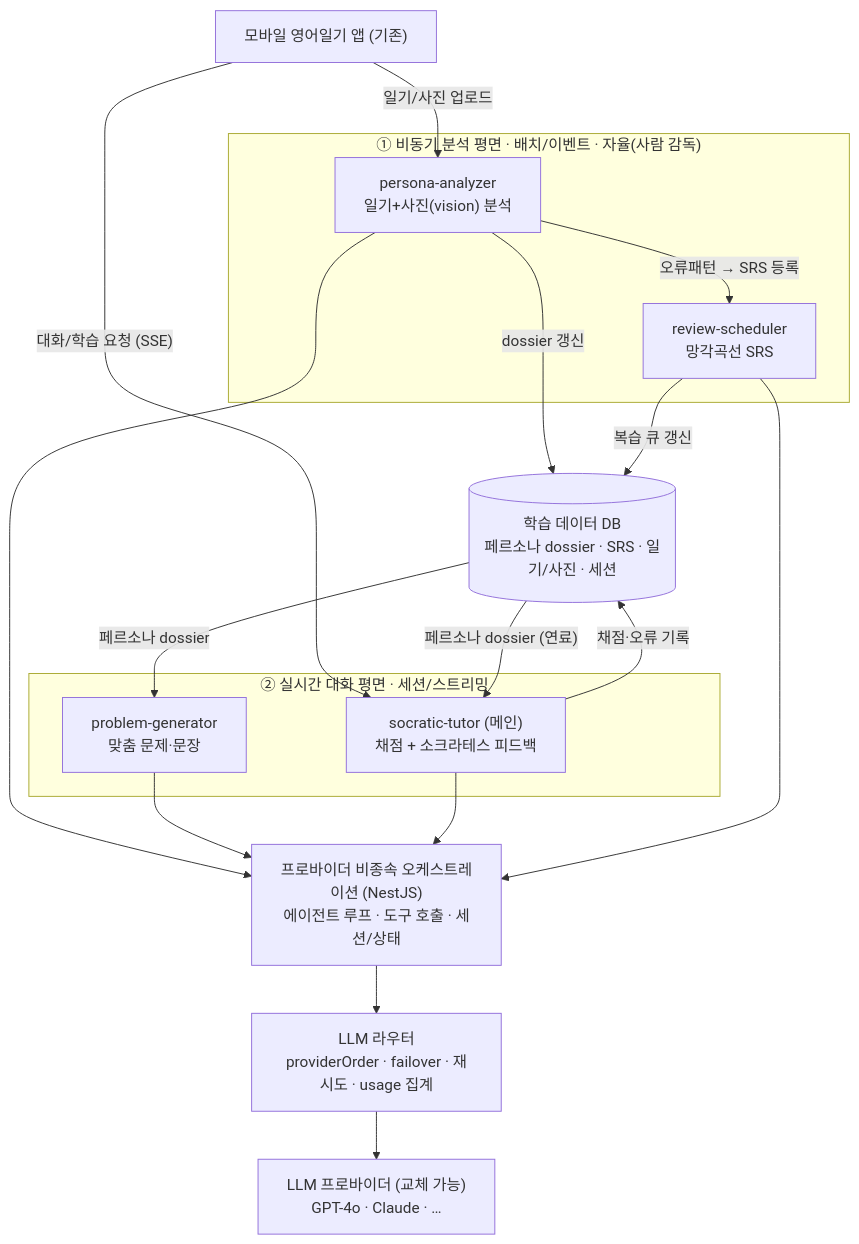
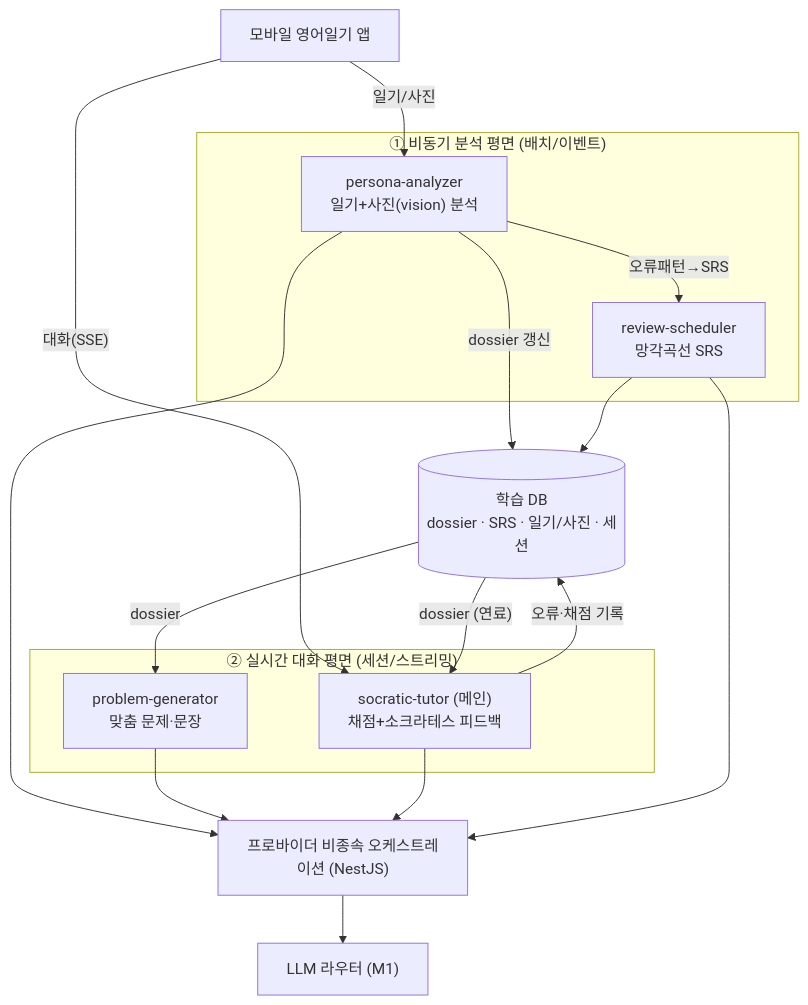
One commit to chanjoonglee-cell/ReelsMaking changed the fourth of 4 diagrams in docs/language-learning-agent-strategy.md. Above: the diagram before and after it, drawn with Mermaid. The commit also changed other lines of this file, not shown here.

````diff
--- a/docs/language-learning-agent-strategy.md
+++ b/docs/language-learning-agent-strategy.md
@@ -108,35 +138,28 @@
 ```mermaid
 flowchart TB
-    APP["모바일 영어일기 앱 (기존)"]
-
-    subgraph ASYNC["① 비동기 분석 평면 · 배치/이벤트 · 자율(사람 감독)"]
+    APP["모바일 영어일기 앱"]
+    subgraph ASYNC["① 비동기 분석 평면 (배치/이벤트)"]
         PA["persona-analyzer<br/>일기+사진(vision) 분석"]
         RS["review-scheduler<br/>망각곡선 SRS"]
     end
-
-    subgraph RT["② 실시간 대화 평면 · 세션/스트리밍"]
-        ST["socratic-tutor (메인)<br/>채점 + 소크라테스 피드백"]
+    subgraph RT["② 실시간 대화 평면 (세션/스트리밍)"]
+        ST["socratic-tutor (메인)<br/>채점+소크라테스 피드백"]
         PG["problem-generator<br/>맞춤 문제·문장"]
     end
-
-    ORCH["프로바이더 비종속 오케스트레이션 (NestJS)<br/>에이전트 루프 · 도구 호출 · 세션/상태"]
-    ROUTER["LLM 라우터<br/>providerOrder · failover · 재시도 · usage 집계"]
-    LLM["LLM 프로바이더 (교체 가능)<br/>GPT-4o · Claude · …"]
-    DB[("학습 데이터 DB<br/>페르소나 dossier · SRS · 일기/사진 · 세션")]
-
-    APP -- "일기/사진 업로드" --> PA
-    APP -- "대화/학습 요청 (SSE)" --> ST
-
+    ORCH["프로바이더 비종속 오케스트레이션 (NestJS)"]
+    ROUTER["LLM 라우터 (M1)"]
+    DB[("학습 DB<br/>dossier · SRS · 일기/사진 · 세션")]
+    APP -- "일기/사진" --> PA
+    APP -- "대화(SSE)" --> ST
     PA --> ORCH
     PG --> ORCH
     ST --> ORCH
     RS --> ORCH
-    ORCH --> ROUTER --> LLM
-
+    ORCH --> ROUTER
     PA -- "dossier 갱신" --> DB
-    RS -- "복습 큐 갱신" --> DB
-    ST -- "채점·오류 기록" --> DB
-    DB -- "페르소나 dossier (연료)" --> ST
-    DB -- "페르소나 dossier" --> PG
-    PA -- "오류패턴 → SRS 등록" --> RS
+    RS --> DB
+    ST -- "오류·채점 기록" --> DB
+    DB -- "dossier (연료)" --> ST
+    DB -- "dossier" --> PG
+    PA -- "오류패턴→SRS" --> RS
 ```
````
